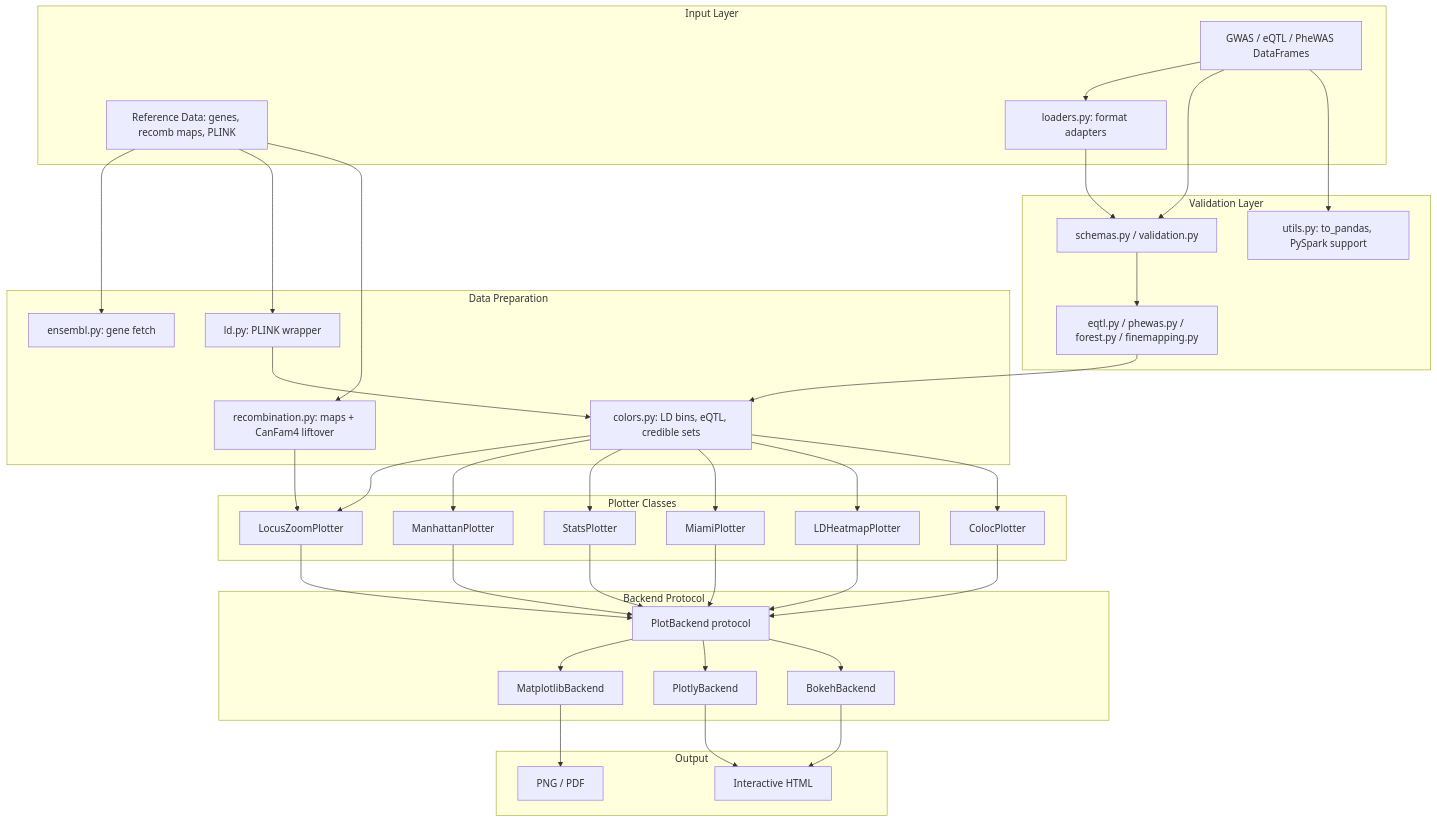
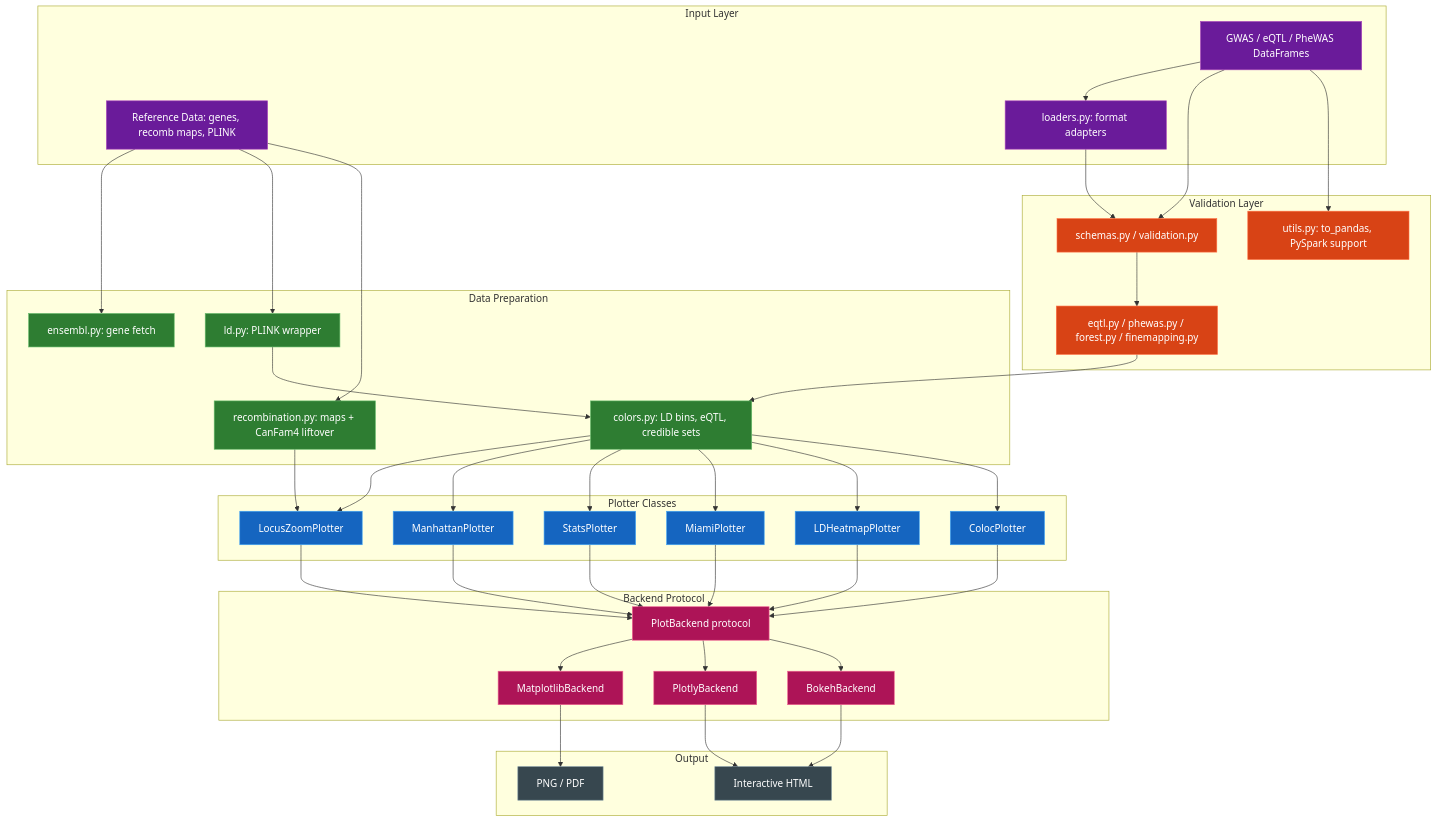
The diagram in docs/ARCHITECTURE.md (michael-denyer/pyLocusZoom), drawn with Mermaid before and after one commit.

Commit message:
docs: apply CODEMAP colour palette to ARCHITECTURE diagram
Align the ARCHITECTURE.md system diagram with the layer colours used in
CODEMAP.md so the two diagrams read as a consistent pair:
input sources (purple), validation (orange), core processing (green),
entry-point plotters (blue), backends (pink), output sinks (slate).

````diff
--- a/docs/ARCHITECTURE.md
+++ b/docs/ARCHITECTURE.md
@@ -87,4 +87,33 @@
     MPL --> STATIC
     PLOTLY --> HTML
     BOKEH --> HTML
+
+    %% Palette matches docs/CODEMAP.md layer colours
+    style GWAS fill:#6a1b9a,stroke:#ab47bc,color:#ffffff
+    style REF fill:#6a1b9a,stroke:#ab47bc,color:#ffffff
+    style LOAD fill:#6a1b9a,stroke:#ab47bc,color:#ffffff
+
+    style SCHEMA fill:#d84315,stroke:#ff7043,color:#ffffff
+    style EQTLV fill:#d84315,stroke:#ff7043,color:#ffffff
+    style UTILS fill:#d84315,stroke:#ff7043,color:#ffffff
+
+    style LD fill:#2e7d32,stroke:#66bb6a,color:#ffffff
+    style RECOMB fill:#2e7d32,stroke:#66bb6a,color:#ffffff
+    style ENSEMBL fill:#2e7d32,stroke:#66bb6a,color:#ffffff
+    style COLORS fill:#2e7d32,stroke:#66bb6a,color:#ffffff
+
+    style LZ fill:#1565c0,stroke:#42a5f5,color:#ffffff
+    style MP fill:#1565c0,stroke:#42a5f5,color:#ffffff
+    style SP fill:#1565c0,stroke:#42a5f5,color:#ffffff
+    style MIAMI fill:#1565c0,stroke:#42a5f5,color:#ffffff
+    style LDH fill:#1565c0,stroke:#42a5f5,color:#ffffff
+    style CP fill:#1565c0,stroke:#42a5f5,color:#ffffff
+
+    style PROTO fill:#ad1457,stroke:#f06292,color:#ffffff
+    style MPL fill:#ad1457,stroke:#f06292,color:#ffffff
+    style PLOTLY fill:#ad1457,stroke:#f06292,color:#ffffff
+    style BOKEH fill:#ad1457,stroke:#f06292,color:#ffffff
+
+    style STATIC fill:#37474f,stroke:#78909c,color:#ffffff
+    style HTML fill:#37474f,stroke:#78909c,color:#ffffff
 ```
````
